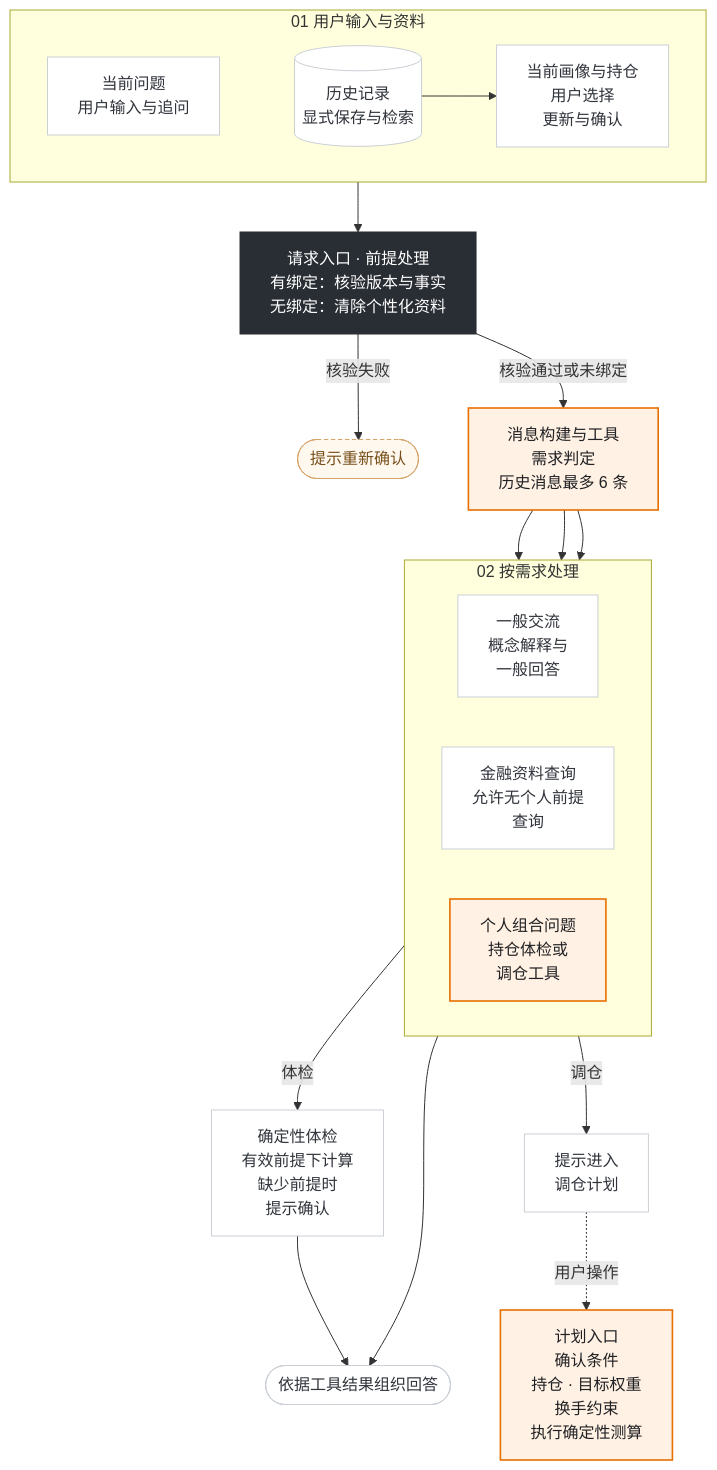
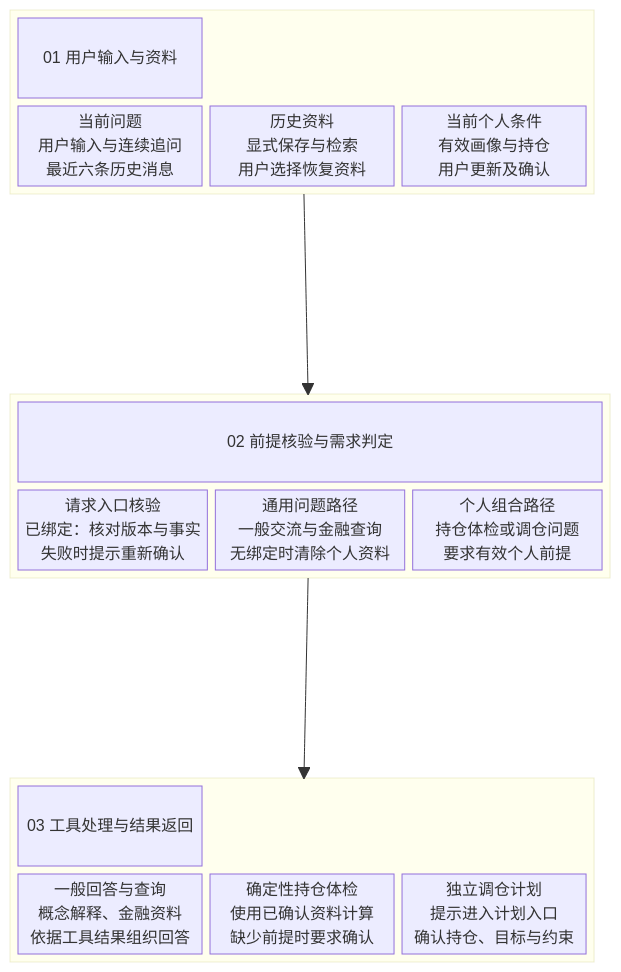
One commit to 1917173927/prism changed the diagram in docs/submission/figures/s2c/context-dataflow.mmd. Above: the diagram before and after it, drawn with Mermaid. The commit also changed 50 other files, not shown here.

Commit message:
docs: 按参考图重绘 S2C 分区卡片图示

```diff
--- a/docs/submission/figures/s2c/context-dataflow.mmd
+++ b/docs/submission/figures/s2c/context-dataflow.mmd
@@ -1,34 +1,31 @@
-flowchart TD
-  subgraph inputs[01  用户输入与资料]
-    direction LR
-    user["当前问题<br/>用户输入与追问"]
-    saved[("历史记录<br/>显式保存与检索")]
-    profile["当前画像与持仓<br/>用户选择<br/>更新与确认"]
-    user ~~~ saved
-    saved --> profile
+block-beta
+  columns 1
+  block:input
+    columns 3
+    H1["01 用户输入与资料"]:3
+    A["当前问题<br/>用户输入与连续追问<br/>最近六条历史消息"]
+    B["历史资料<br/>显式保存与检索<br/>用户选择恢复资料"]
+    C["当前个人条件<br/>有效画像与持仓<br/>用户更新及确认"]
   end
-  inputs --> entry["请求入口 · 前提处理<br/>有绑定：核验版本与事实<br/>无绑定：清除个性化资料"]
-  entry -->|核验失败| confirm(["提示重新确认"])
-  entry -->|核验通过或未绑定| route["消息构建与工具<br/>需求判定<br/>历史消息最多 6 条"]
-  subgraph processing[02  按需求处理]
-    direction LR
-    general["一般交流<br/>概念解释与<br/>一般回答"]
-    market["金融资料查询<br/>允许无个人前提<br/>查询"]
-    personal["个人组合问题<br/>持仓体检或<br/>调仓工具"]
+  space
+  block:process
+    columns 3
+    H2["02 前提核验与需求判定"]:3
+    D["请求入口核验<br/>已绑定：核对版本与事实<br/>失败时提示重新确认"]
+    E["通用问题路径<br/>一般交流与金融查询<br/>无绑定时清除个人资料"]
+    F["个人组合路径<br/>持仓体检或调仓问题<br/>要求有效个人前提"]
   end
-  route --> general
-  route --> market
-  route --> personal
-  personal -->|体检| health["确定性体检<br/>有效前提下计算<br/>缺少前提时<br/>提示确认"]
-  personal -->|调仓| guide["提示进入<br/>调仓计划"]
-  guide -.->|用户操作| plan["计划入口<br/>确认条件<br/>持仓 · 目标权重<br/>换手约束<br/>执行确定性测算"]
-  market --> grounded(["依据工具结果组织回答"])
-  health --> grounded
-  classDef accent fill:#fff1e3,stroke:#e86f00,color:#202124,stroke-width:1.6px
-  classDef base fill:#ffffff,stroke:#cbd0d6,color:#30343b
-  classDef dark fill:#292d34,stroke:#292d34,color:#ffffff
-  classDef notice fill:#fff8ef,stroke:#d7a467,color:#78501b,stroke-dasharray:4 3
-  class entry dark
-  class route,personal,plan accent
-  class confirm notice
-  class user,general,profile,saved,market,health,guide,grounded base
+  space
+  block:output
+    columns 3
+    H3["03 工具处理与结果返回"]:3
+    G["一般回答与查询<br/>概念解释、金融资料<br/>依据工具结果组织回答"]
+    I["确定性持仓体检<br/>使用已确认资料计算<br/>缺少前提时要求确认"]
+    J["独立调仓计划<br/>提示进入计划入口<br/>确认持仓、目标与约束"]
+  end
+  input --> process
+  process --> output
+  class H1,H2,H3 section
+  class input,process,output container
+  class A,B,C,G neutral
+  class D,E,F,I,J accent
```
